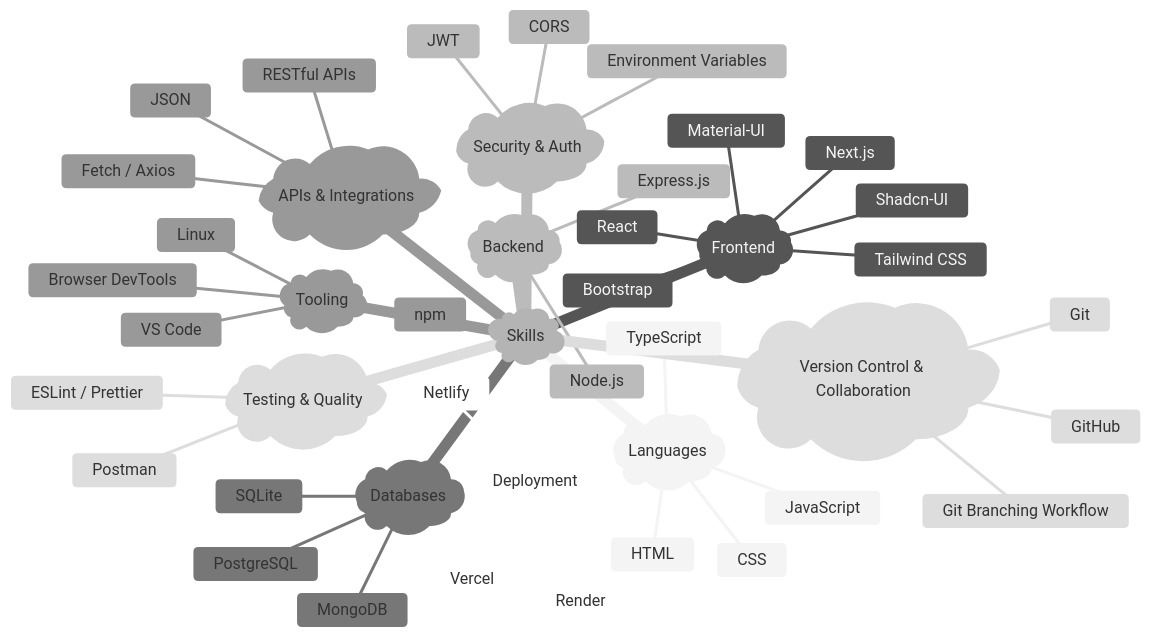
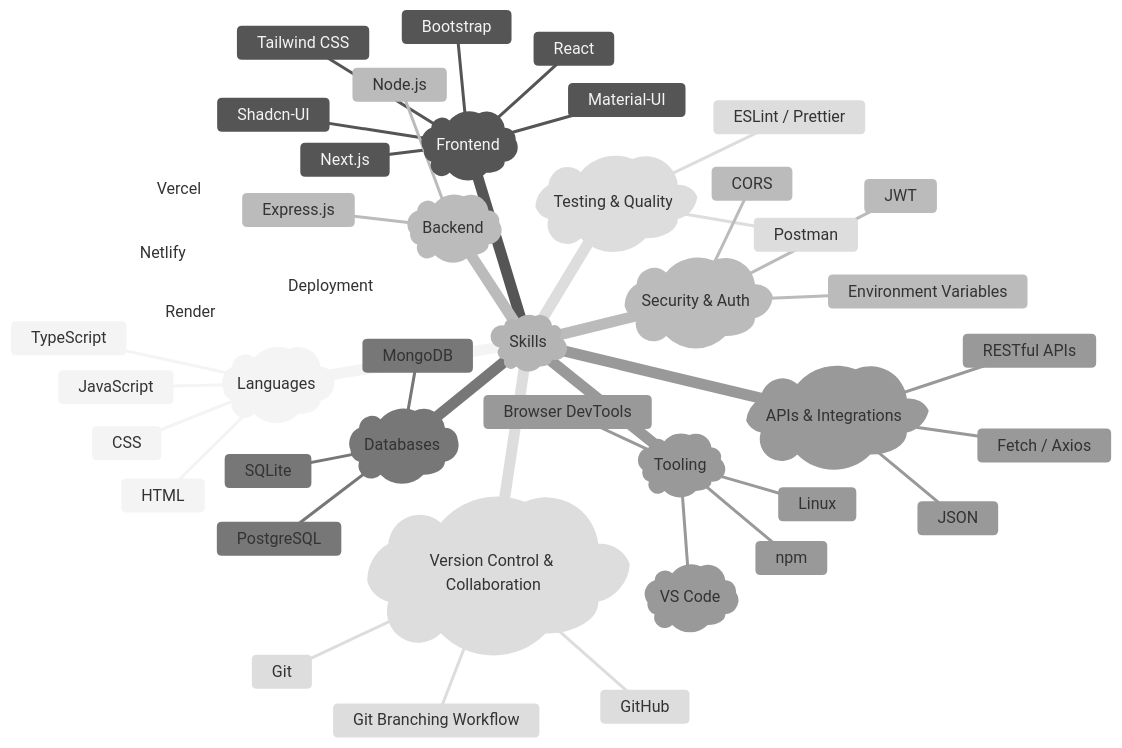
The diagram in README.md (shantoopaul/shantoopaul), drawn with Mermaid (neutral theme) before and after one commit.

Commit message:
rearranging style

````diff
--- a/README.md
+++ b/README.md
@@ -30,47 +30,47 @@
 ```mermaid
 mindmap
     root)Skills(
         )Languages(
             JavaScript
             TypeScript
             HTML
             CSS
         )Frontend(
             React
             Next.js
             Tailwind CSS
             Material-UI
             Shadcn-UI
             Bootstrap
         )Backend(
             Node.js
             Express.js
         )Databases(
             MongoDB
             SQLite
             PostgreSQL
         )APIs & Integrations(
             RESTful APIs
             JSON
             Fetch / Axios
         )Version Control & Collaboration(
             Git
             GitHub
             Git Branching Workflow
         )Deployment(
             Vercel
             Netlify
             Render
         )Testing & Quality(
             Postman
             ESLint / Prettier
         )Security & Auth(
             JWT
             Environment Variables
             CORS
         )Tooling(
-            VS Code
+            )VS Code(
             npm
             Browser DevTools
             Linux
 ```
````
